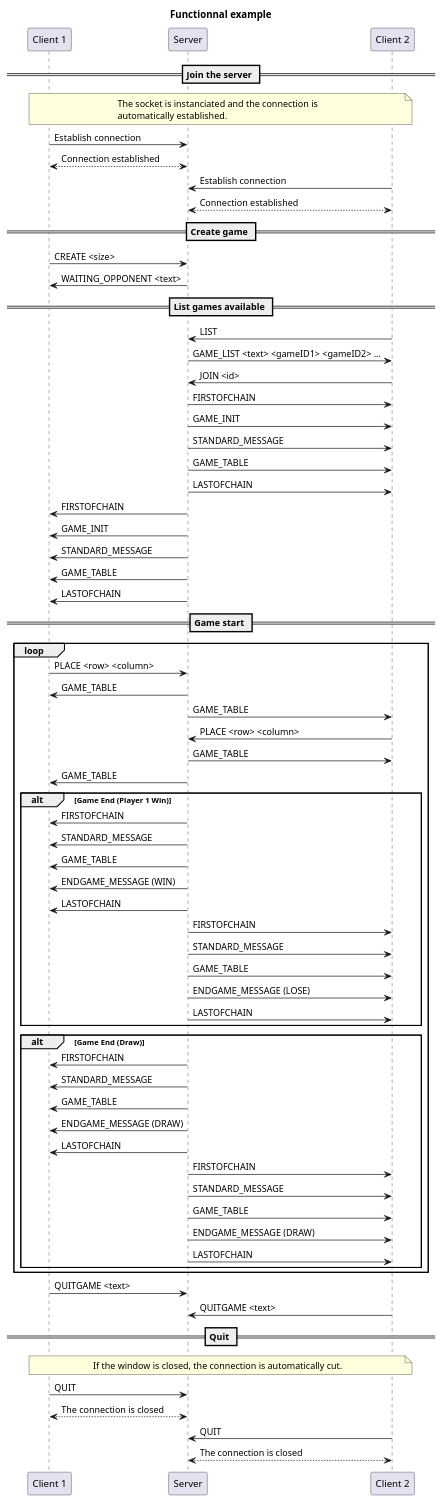
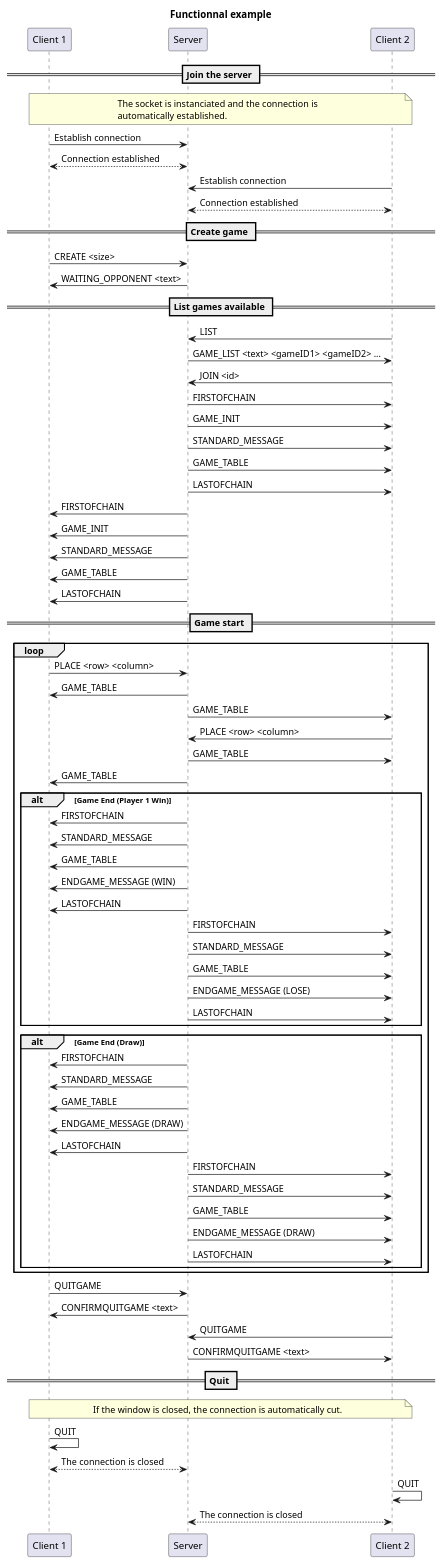
The diagram in doc/diagrams/Functional_example.puml (AlexB-HEIG/DAI-Practical-work-2), drawn with PlantUML before and after one commit. The commit also changed 1 other file, not shown here.

```diff
--- a/doc/diagrams/Functional_example.puml
+++ b/doc/diagrams/Functional_example.puml
@@ -1,108 +1,110 @@
 @startuml
 
 title "Functionnal example"
 
 participant "Client 1" as c1
 participant "Server" as s
 participant "Client 2" as c2
 
 == Join the server ==
 
 note over c1, c2
 The socket is instanciated and the connection is
 automatically established.
 end note
 
 c1->s : Establish connection
 c1<-->s : Connection established
 
 c2->s : Establish connection
 c2<-->s : Connection established
 
 
 == Create game ==
 
 c1->s: CREATE <size>
 s->c1: WAITING_OPPONENT <text>
 
 == List games available ==
 
 c2->s: LIST
 s->c2: GAME_LIST <text> <gameID1> <gameID2> ...
 
 c2->s: JOIN <id>
 
 s->c2: FIRSTOFCHAIN
 s->c2: GAME_INIT
 s->c2: STANDARD_MESSAGE
 s->c2: GAME_TABLE
 s->c2: LASTOFCHAIN
 
 s->c1: FIRSTOFCHAIN
 s->c1: GAME_INIT
 s->c1: STANDARD_MESSAGE
 s->c1: GAME_TABLE
 s->c1: LASTOFCHAIN
 
 == Game start ==
 
 loop
 
 
     c1->s: PLACE <row> <column>
     s->c1: GAME_TABLE
     s->c2: GAME_TABLE
 
     c2->s: PLACE <row> <column>
     s->c2: GAME_TABLE
     s->c1: GAME_TABLE
 
     alt Game End (Player 1 Win)
         s -> c1:FIRSTOFCHAIN
         s -> c1:STANDARD_MESSAGE
         s -> c1:GAME_TABLE
         s -> c1:ENDGAME_MESSAGE (WIN)
         s -> c1:LASTOFCHAIN
         s -> c2:FIRSTOFCHAIN
         s -> c2:STANDARD_MESSAGE
         s -> c2:GAME_TABLE
         s -> c2:ENDGAME_MESSAGE (LOSE)
         s -> c2:LASTOFCHAIN
     end
 
     alt Game End (Draw)
         s -> c1:FIRSTOFCHAIN
                 s -> c1:STANDARD_MESSAGE
                 s -> c1:GAME_TABLE
                 s -> c1:ENDGAME_MESSAGE (DRAW)
                 s -> c1:LASTOFCHAIN
                 s -> c2:FIRSTOFCHAIN
                 s -> c2:STANDARD_MESSAGE
                 s -> c2:GAME_TABLE
                 s -> c2:ENDGAME_MESSAGE (DRAW)
                 s -> c2:LASTOFCHAIN
     end
 
 
 
 end
 
-    c1->s: QUITGAME <text>
-    c2->s: QUITGAME <text>
+    c1->s: QUITGAME
+    s->c1: CONFIRMQUITGAME <text>
+    c2->s: QUITGAME
+    s->c2: CONFIRMQUITGAME <text>
 
 == Quit ==
 
 note over c1, c2
 If the window is closed, the connection is automatically cut.
 end note
 
-c1->s: QUIT
+c1->c1: QUIT
 c1<-->s: The connection is closed
 
 
-c2->s: QUIT
+c2->c2: QUIT
 c2<-->s: The connection is closed
 
 
 
 @enduml
```
